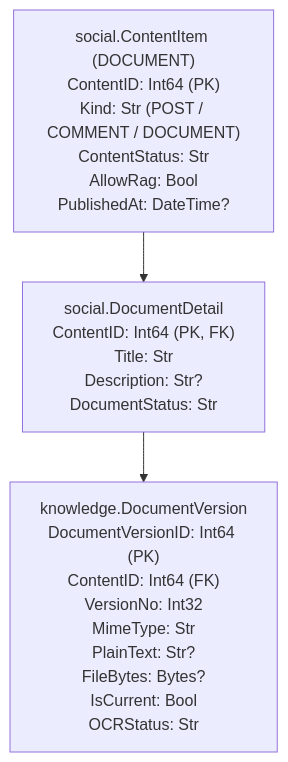
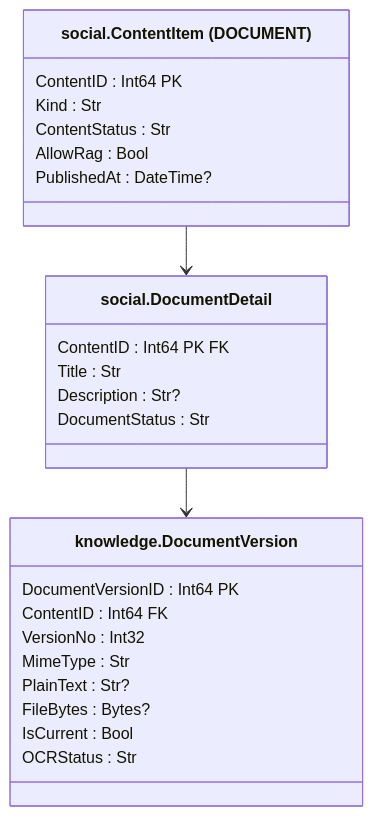
Before and after one commit to lkeey/BIVT-labs: the sixth of 15 diagrams in 03SQL-CourseWork/architecture/database-model.md, drawn with Mermaid. The commit also changed other lines of this file, not shown here.

Commit message:
docs: center database table titles in diagrams

```diff
--- a/03SQL-CourseWork/architecture/database-model.md
+++ b/03SQL-CourseWork/architecture/database-model.md
@@ -80,7 +218,29 @@
 ~~~mermaid
-flowchart TB
-    I["social.ContentItem (DOCUMENT)<br/>ContentID: Int64 (PK)<br/>Kind: Str (POST / COMMENT / DOCUMENT)<br/>ContentStatus: Str<br/>AllowRag: Bool<br/>PublishedAt: DateTime?"]
-    D["social.DocumentDetail<br/>ContentID: Int64 (PK, FK)<br/>Title: Str<br/>Description: Str?<br/>DocumentStatus: Str"]
-    V["knowledge.DocumentVersion<br/>DocumentVersionID: Int64 (PK)<br/>ContentID: Int64 (FK)<br/>VersionNo: Int32<br/>MimeType: Str<br/>PlainText: Str?<br/>FileBytes: Bytes?<br/>IsCurrent: Bool<br/>OCRStatus: Str"]
-    I --> D --> V
+classDiagram
+    direction TB
+    class I["social.ContentItem (DOCUMENT)"] {
+        ContentID : Int64 PK
+        Kind : Str
+        ContentStatus : Str
+        AllowRag : Bool
+        PublishedAt : DateTime?
+    }
+    class D["social.DocumentDetail"] {
+        ContentID : Int64 PK FK
+        Title : Str
+        Description : Str?
+        DocumentStatus : Str
+    }
+    class V["knowledge.DocumentVersion"] {
+        DocumentVersionID : Int64 PK
+        ContentID : Int64 FK
+        VersionNo : Int32
+        MimeType : Str
+        PlainText : Str?
+        FileBytes : Bytes?
+        IsCurrent : Bool
+        OCRStatus : Str
+    }
+    I --> D
+    D --> V
 ~~~
```
